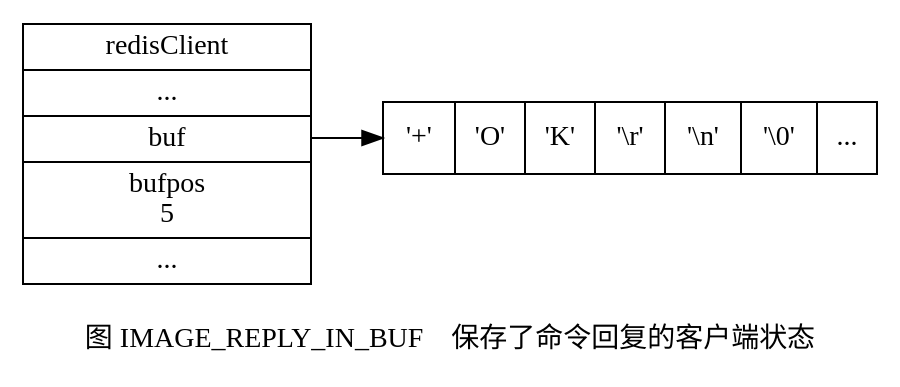
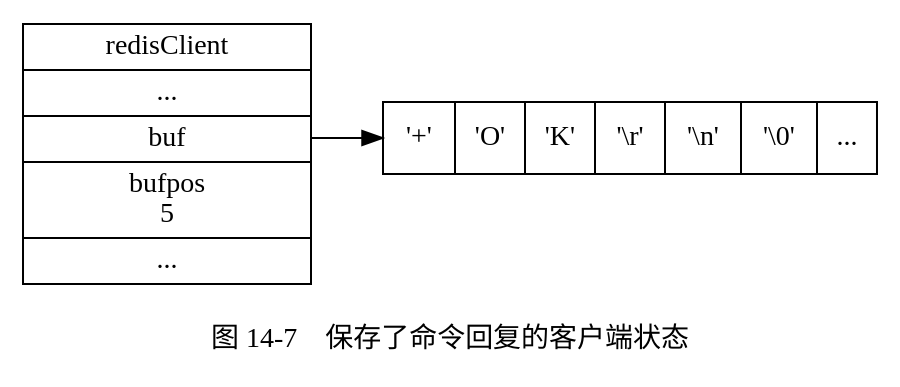
The seventh of 8 diagrams in preview/server/execute_command.rst (huangzworks/redisbook1e), drawn with Graphviz before and after one commit. The commit also changed other lines of this file and 2 other files, not shown here.

```diff
--- a/preview/server/execute_command.rst
+++ b/preview/server/execute_command.rst
@@ -556,17 +556,17 @@
 .. graphviz::
 
     digraph {
 
-        label = "\n 图 IMAGE_REPLY_IN_BUF    保存了命令回复的客户端状态";
+        label = "\n 图 14-7    保存了命令回复的客户端状态";
 
         rankdir = LR;
 
         node [shape = record];
 
         redisClient [label = " redisClient | ... | <buf> buf | bufpos \n 5 | ... ", width = 2];
 
         buf [label = " { '+' | 'O' | 'K' | '\\r' | '\\n' | '\\0' | ... } "];
 
         redisClient:buf -> buf;
 
     }
```
